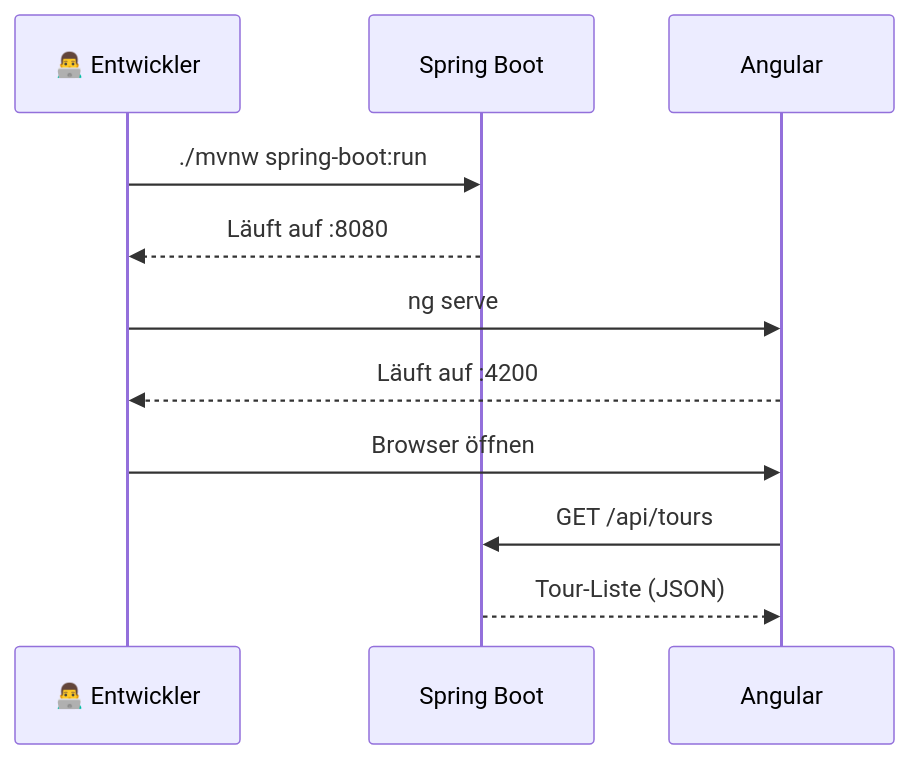
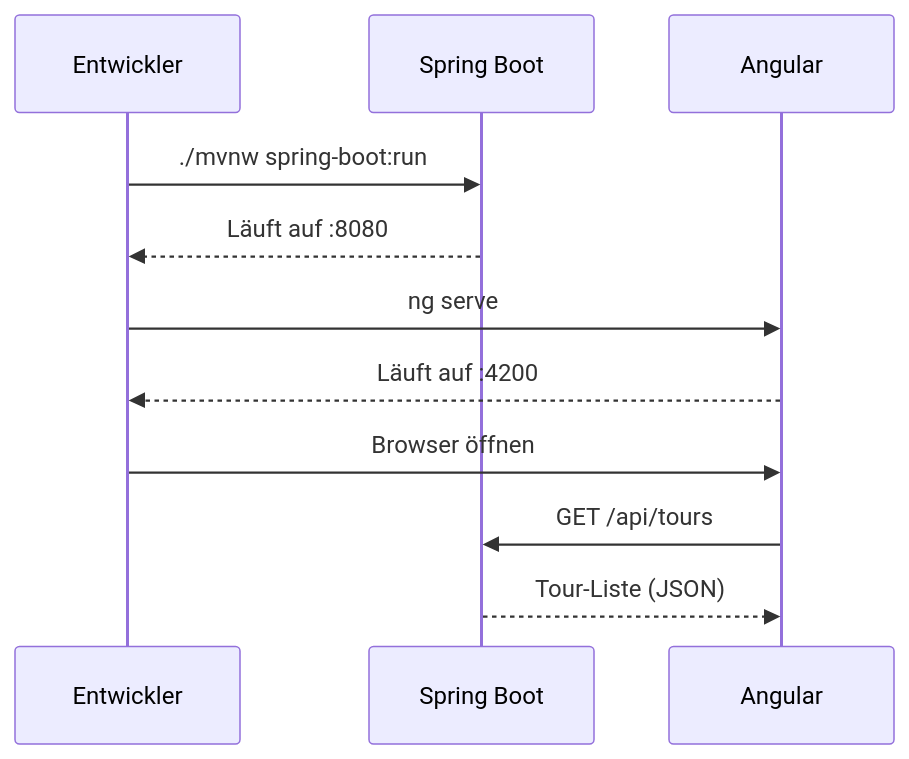
One commit to cemesisk/Team9 changed the third of 3 diagrams in DOCUMENTATION.md. Above: the diagram before and after it, drawn with Mermaid. The commit also changed other lines of this file, not shown here.

````diff
--- a/DOCUMENTATION.md
+++ b/DOCUMENTATION.md
@@ -389,14 +389,14 @@
 ```mermaid
 sequenceDiagram
-    participant Dev as 👨‍💻 Entwickler
+    participant Dev as Entwickler
     participant BE as Spring Boot
     participant FE as Angular
 
     Dev->>BE: ./mvnw spring-boot:run
     BE-->>Dev: Läuft auf :8080
     Dev->>FE: ng serve
     FE-->>Dev: Läuft auf :4200
     Dev->>FE: Browser öffnen
     FE->>BE: GET /api/tours
     BE-->>FE: Tour-Liste (JSON)
 ```
````
